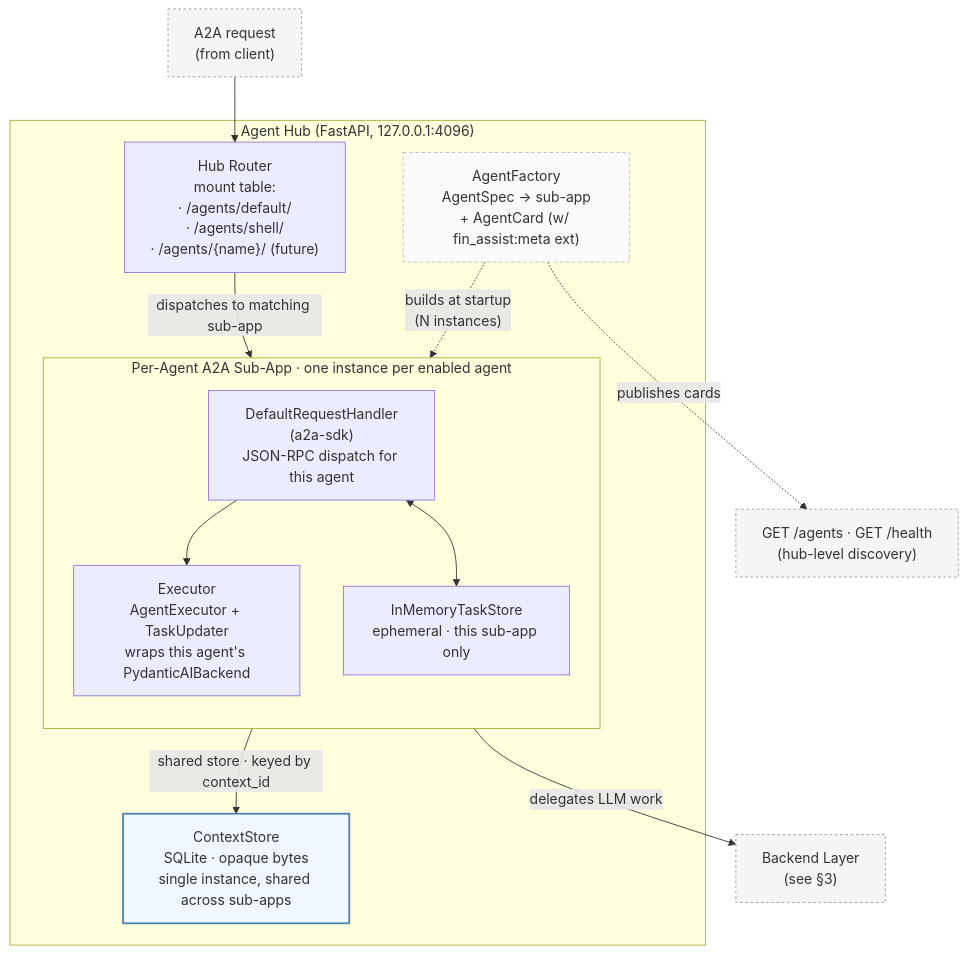
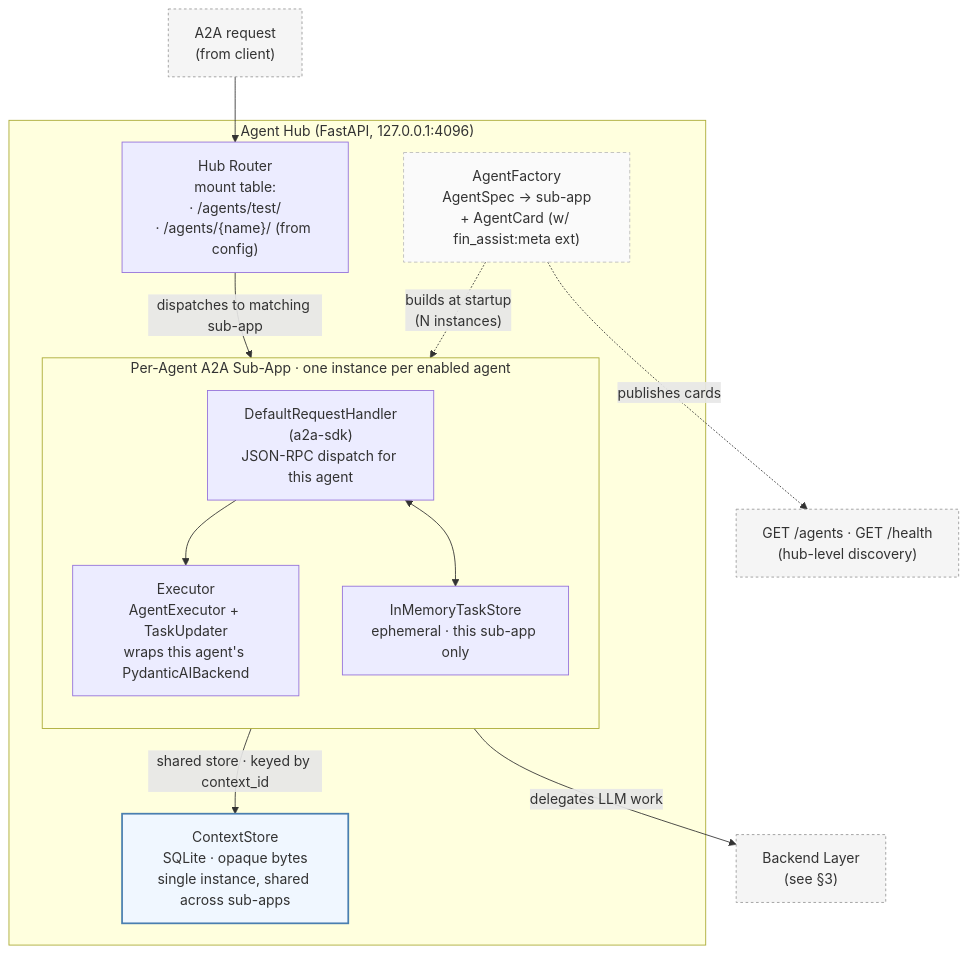
The second of 4 diagrams in README.md (ColeB1722/fin-assist), drawn with Mermaid before and after one commit. The commit also changed other lines of this file and 11 other files, not shown here.

````diff
--- a/README.md
+++ b/README.md
@@ -42,39 +42,39 @@
 ```mermaid
 graph TD
     IN["A2A request<br/>(from client)"]
     DISC["GET /agents · GET /health<br/>(hub-level discovery)"]
 
     subgraph HUB_PROC["Agent Hub (FastAPI, 127.0.0.1:4096)"]
-        HUB["Hub Router<br/>mount table:<br/>· /agents/default/<br/>· /agents/shell/<br/>· /agents/&lcub;name&rcub;/ (future)"]
+        HUB["Hub Router<br/>mount table:<br/>· /agents/test/<br/>· /agents/{name}/ (from config)"]
 
         subgraph SUBAPP["Per-Agent A2A Sub-App · one instance per enabled agent"]
             direction TB
             DRH["DefaultRequestHandler<br/>(a2a-sdk)<br/>JSON-RPC dispatch for this agent"]
             EXEC["Executor<br/>AgentExecutor + TaskUpdater<br/>wraps this agent's PydanticAIBackend"]
             TS["InMemoryTaskStore<br/>ephemeral · this sub-app only"]
         end
 
         CS["ContextStore<br/>SQLite · opaque bytes<br/>single instance, shared across sub-apps"]
 
         FACTORY["AgentFactory<br/>AgentSpec → sub-app<br/>+ AgentCard (w/ fin_assist:meta ext)"]
     end
 
     BACKEND["Backend Layer<br/>(see §3)"]
 
     IN --> HUB
     HUB -->|"dispatches to matching sub-app"| DRH
     DRH --> EXEC
     DRH <--> TS
     EXEC -->|"shared store · keyed by context_id"| CS
     EXEC -->|"delegates LLM work"| BACKEND
 
     FACTORY -.->|"builds at startup<br/>(N instances)"| SUBAPP
     FACTORY -.->|"publishes cards"| DISC
 
     classDef external fill:#f5f5f5,stroke:#999,stroke-dasharray: 3 3
     class IN,BACKEND,DISC external
     classDef startup fill:#fafafa,stroke:#bbb,stroke-dasharray: 4 3
     class FACTORY startup
     classDef shared fill:#f0f7ff,stroke:#4a7fb0,stroke-width:2px
     class CS shared
 ```
````
